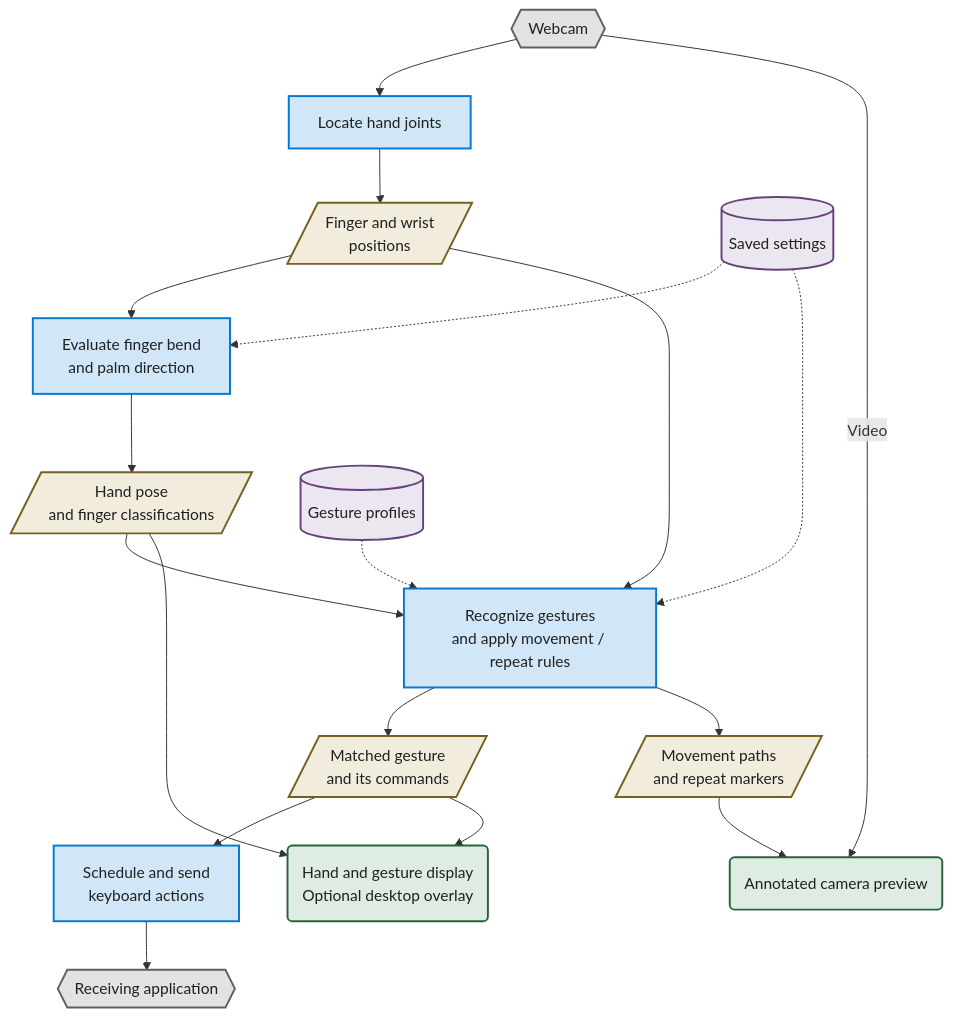
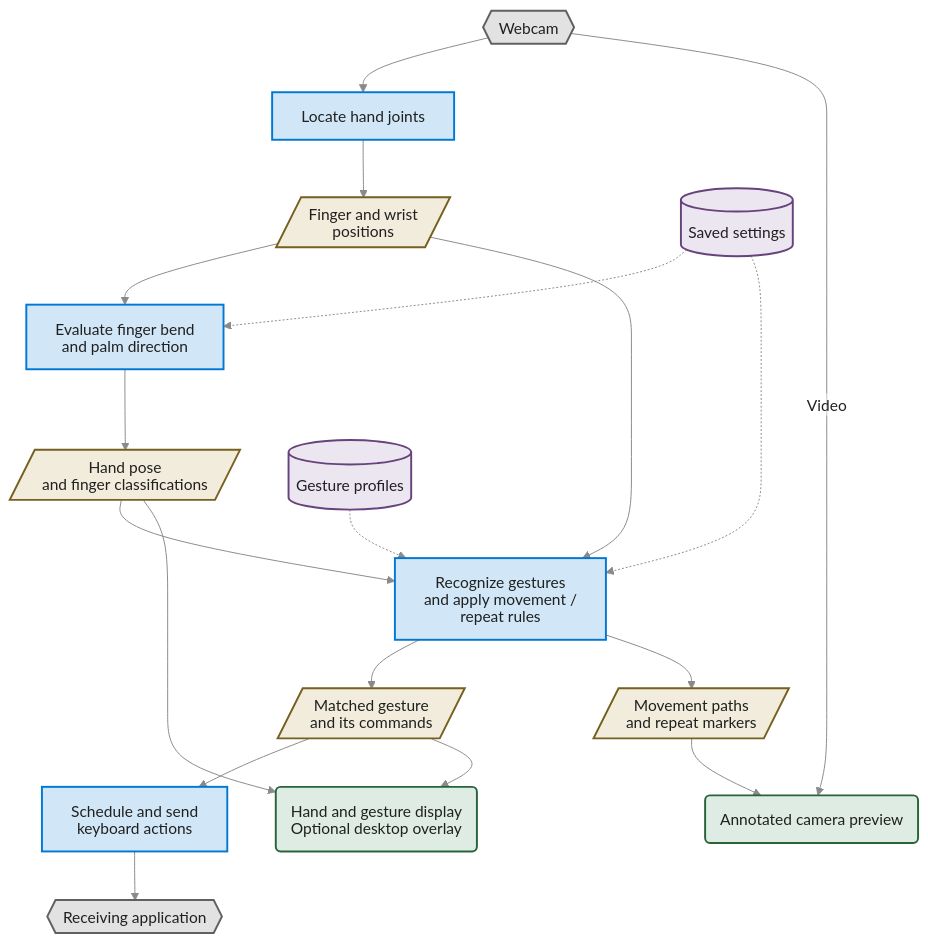
The second of 3 diagrams in hand-tracking/docs/functionality_diagrams.md (MarkJuliusAbraham/ComputerVisionBasics), drawn with Mermaid before and after one commit. The commit also changed other lines of this file and 315 other files, not shown here.

````diff
--- a/hand-tracking/docs/functionality_diagrams.md
+++ b/hand-tracking/docs/functionality_diagrams.md
@@ -48,28 +49,29 @@
 ```mermaid
+%%{init: {"theme": "base", "htmlLabels": false, "flowchart": {"htmlLabels": false}, "themeCSS": ".edgeLabel rect, .labelBkg { fill: #ffffff !important; opacity: 1 !important; }", "themeVariables": {"primaryTextColor": "#202020", "textColor": "#202020", "lineColor": "#8a8a8a", "edgeLabelBackground": "#ffffff", "clusterBkg": "#f7f7f7", "clusterBorder": "#808080", "titleColor": "#202020", "background": "#ffffff"}}}%%
 flowchart TD
     Webcam{{"Webcam"}}:::external --> Locate["Locate hand joints"]:::component
     Locate --> Landmarks[/"Finger and wrist<br/>positions"/]:::data
     Landmarks --> Classify["Evaluate finger bend<br/>and palm direction"]:::component
     Classify --> HandState[/"Hand pose<br/>and finger classifications"/]:::data
     HandState --> Recognize["Recognize gestures<br/>and apply movement / repeat rules"]:::component
     Landmarks --> Recognize
     Recognize --> Selection[/"Matched gesture<br/>and its commands"/]:::data
     Selection --> Execute["Schedule and send<br/>keyboard actions"]:::component
     Execute --> OtherApp{{"Receiving application"}}:::external
 
     HandState --> Dashboard("Hand and gesture display<br/>Optional desktop overlay"):::view
     Selection --> Dashboard
     Recognize --> Drawing[/"Movement paths<br/>and repeat markers"/]:::data
     Drawing --> Preview("Annotated camera preview"):::view
     Webcam -->|"Video"| Preview
 
     Settings[("Saved settings")]:::config -.-> Classify
     Settings -.-> Recognize
     Profiles[("Gesture profiles")]:::config -.-> Recognize
 
     classDef component fill:#d1e7f7,stroke:#0078d4,color:#202020,stroke-width:2px;
     classDef data fill:#f1ecdc,stroke:#76601f,color:#202020,stroke-width:2px;
     classDef view fill:#dfece3,stroke:#28643a,color:#202020,stroke-width:2px;
     classDef config fill:#ece6f0,stroke:#67437d,color:#202020,stroke-width:2px;
     classDef external fill:#e2e2e2,stroke:#606060,color:#202020,stroke-width:2px;
 ```
````
